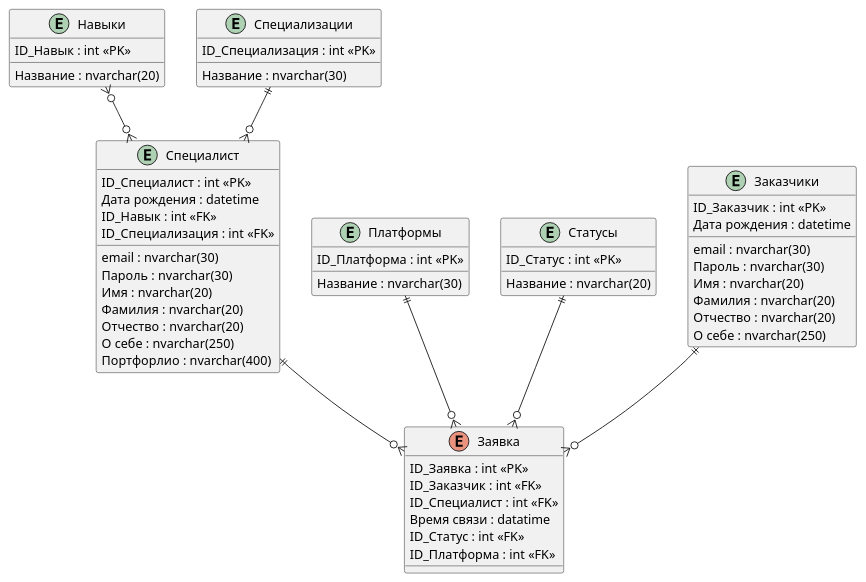
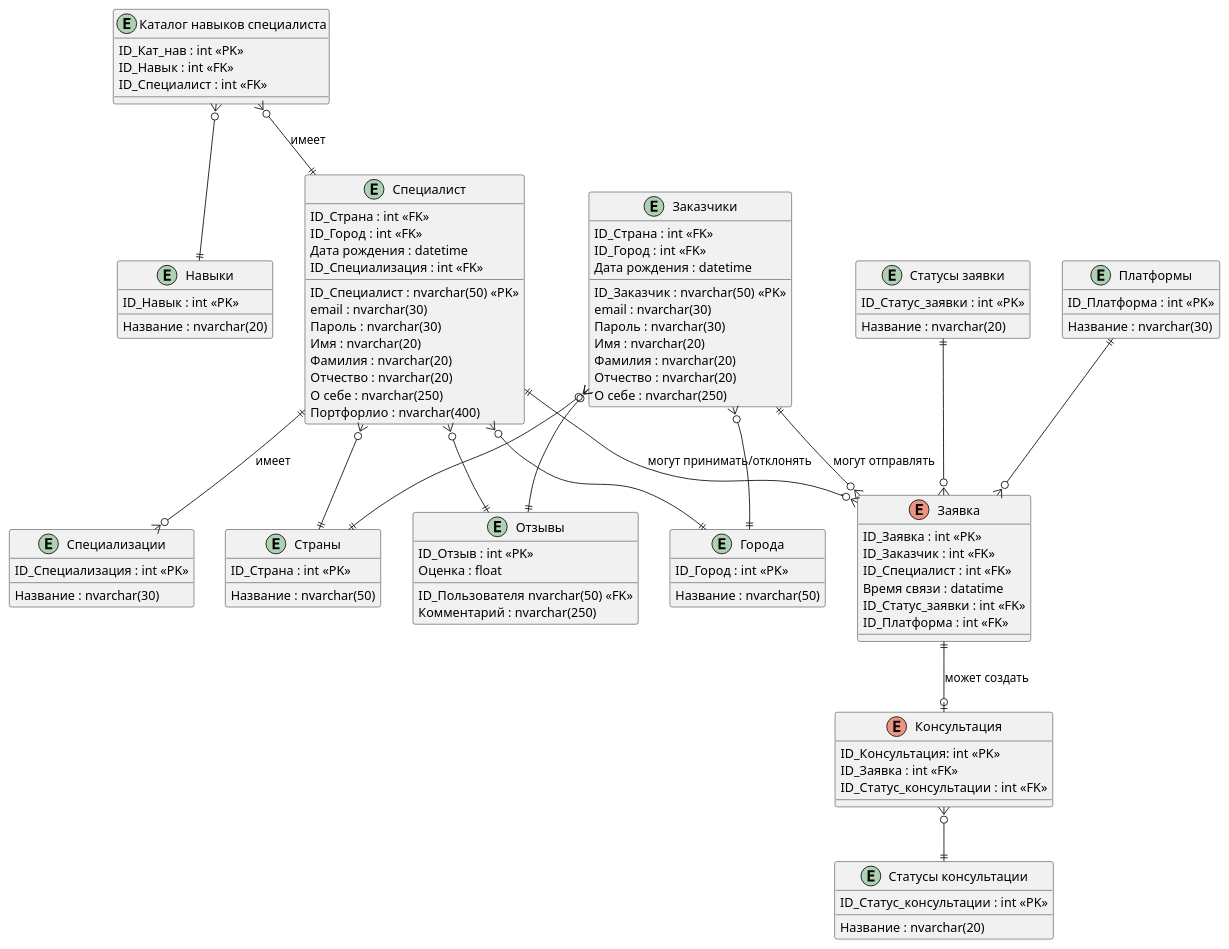
Before and after one commit to vllid/team-project: the diagram in Диаграммы/Диаграмма сущность-свзяь/diagram.puml, drawn with PlantUML. The commit also changed 4 other files, not shown here.

Commit message:
Обновление диаграммы сущность-связь

```diff
--- a/Диаграммы/Диаграмма сущность-свзяь/diagram.puml
+++ b/Диаграммы/Диаграмма сущность-свзяь/diagram.puml
@@ -1,72 +1,125 @@
 @startuml "erd"
 
 entity "Навыки" as skills
 {
     ID_Навык : int <<PK>>
     Название : nvarchar(20)
 }
 
+entity "Каталог навыков специалиста" as skills_cat
+{
+    ID_Кат_нав : int <<PK>>
+    ID_Навык : int <<FK>>
+    ID_Специалист : int <<FK>>
+}
+
 entity "Специализации" as spec_enum
 {
     ID_Специализация : int <<PK>>
     Название : nvarchar(30)
+}
+
+entity "Отзывы" as appl
+{
+    ID_Отзыв : int <<PK>>
+    ID_Пользователя nvarchar(50) <<FK>>
+    Оценка : float 
+    Комментарий : nvarchar(250)
 }
 
 entity "Платформы" as platf 
 {
     ID_Платформа : int <<PK>>
     Название : nvarchar(30)
 }
 
-entity "Статусы" as statuses
+entity "Страны" as countries 
 {
-    ID_Статус : int <<PK>>
+    ID_Страна : int <<PK>>
+    Название : nvarchar(50)
+}
+
+entity "Города" as cities 
+{
+    ID_Город : int <<PK>>
+    Название : nvarchar(50)
+}
+
+entity "Статусы заявки" as app_statuses
+{
+    ID_Статус_заявки : int <<PK>>
+    Название : nvarchar(20)
+}
+
+entity "Статусы консультации" as cons_statuses
+{
+    ID_Статус_консультации : int <<PK>>
     Название : nvarchar(20)
 }
 
 entity "Заказчики" as cust 
 {
-    ID_Заказчик : int <<PK>>
+    ID_Заказчик : nvarchar(50) <<PK>>
+    ID_Страна : int <<FK>>
+    ID_Город : int <<FK>>
     email : nvarchar(30)
     Пароль : nvarchar(30)
     Имя : nvarchar(20)
     Фамилия : nvarchar(20)
     Отчество : nvarchar(20)
     Дата рождения : datetime 
     О себе : nvarchar(250)
 }
 
 entity "Специалист" as spec 
 {
-    ID_Специалист : int <<PK>>
+    ID_Специалист : nvarchar(50) <<PK>>
+    ID_Страна : int <<FK>>
+    ID_Город : int <<FK>>
     email : nvarchar(30)
     Пароль : nvarchar(30)
     Имя : nvarchar(20)
     Фамилия : nvarchar(20)
     Отчество : nvarchar(20)
     Дата рождения : datetime 
     О себе : nvarchar(250)
-    ID_Навык : int <<FK>>
     ID_Специализация : int <<FK>>
     Портфорлио : nvarchar(400)
 }
 
 enum "Заявка" as request 
 {
     ID_Заявка : int <<PK>>
     ID_Заказчик : int <<FK>>
     ID_Специалист : int <<FK>>
     Время связи : datatime 
-    ID_Статус : int <<FK>>
+    ID_Статус_заявки : int <<FK>>
     ID_Платформа : int <<FK>>
 }
 
-cust ||--o{ request
-spec ||--o{ request 
-statuses ||--o{ request
+enum "Консультация" as cons 
+{
+    ID_Консультация: int <<PK>>
+    ID_Заявка : int <<FK>>
+    ID_Статус_консультации : int <<FK>>
+}
+
+cust ||--o{ request : могут отправлять 
+spec ||--o{ request : могут принимать/отклонять
+app_statuses ||--o{ request
 platf ||--o{ request
-spec_enum ||--o{ spec 
-skills }o--o{ spec 
+spec ||--o{  spec_enum : имеет
+skills_cat }o--|| spec : имеет
+skills_cat }o--|| skills
+request ||--o| cons : может создать
+cons }o--|| cons_statuses
+cust }o--|| countries
+cust }o--|| cities
+spec }o--|| countries
+spec }o--|| cities
+
+cust }o--|| appl 
+spec }o--|| appl
 
 
 @enduml
```
